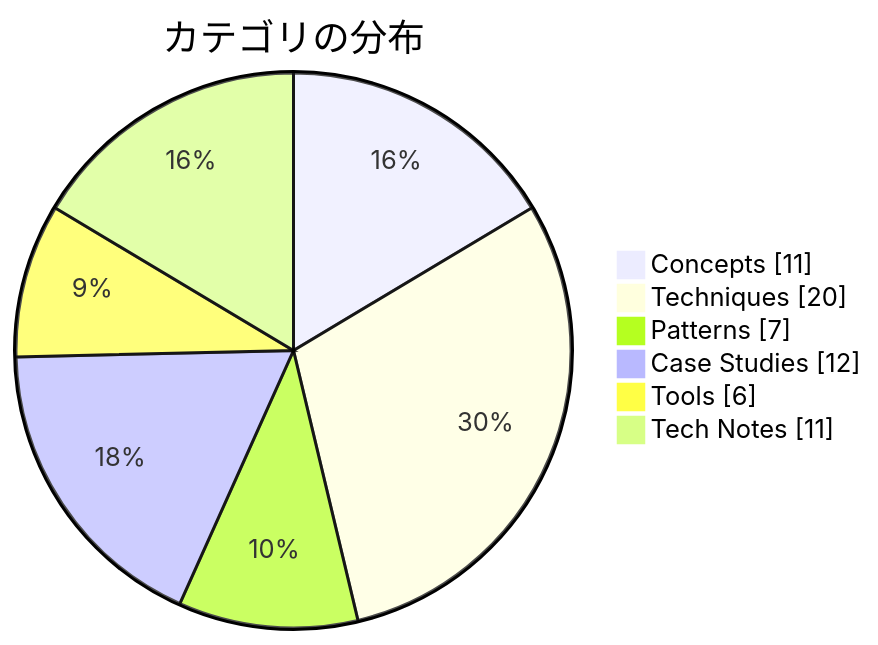
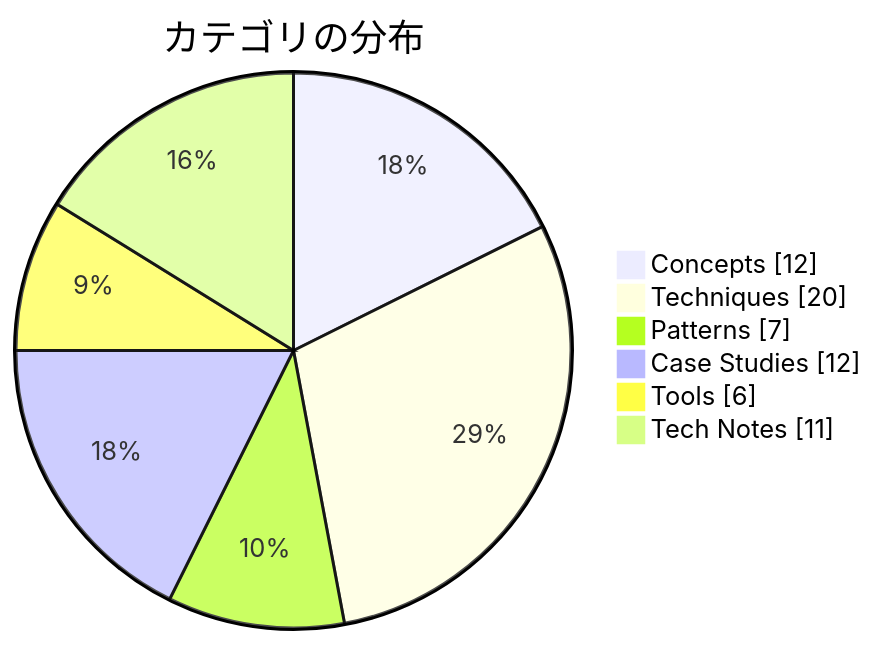
The second of 2 diagrams in docs/index.md (dinekt/dinekt-wiki), drawn with Mermaid before and after one commit. The commit also changed other lines of this file and 10 other files, not shown here.

````diff
--- a/docs/index.md
+++ b/docs/index.md
@@ -37,9 +37,9 @@
 ```mermaid
 pie showData title カテゴリの分布
-    "Concepts" : 11
+    "Concepts" : 12
     "Techniques" : 20
     "Patterns" : 7
     "Case Studies" : 12
     "Tools" : 6
     "Tech Notes" : 11
 ```
````
